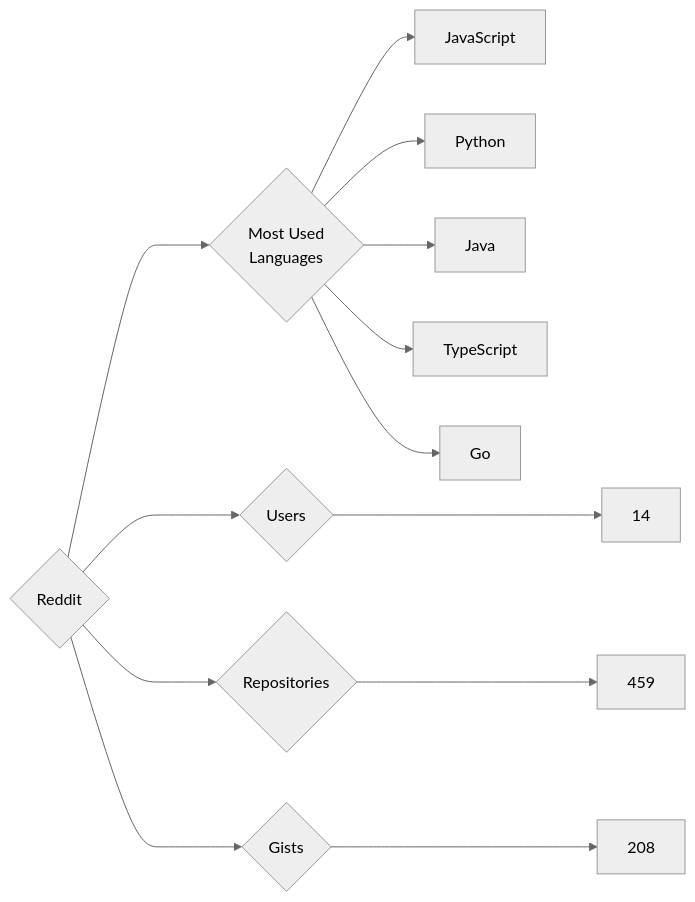
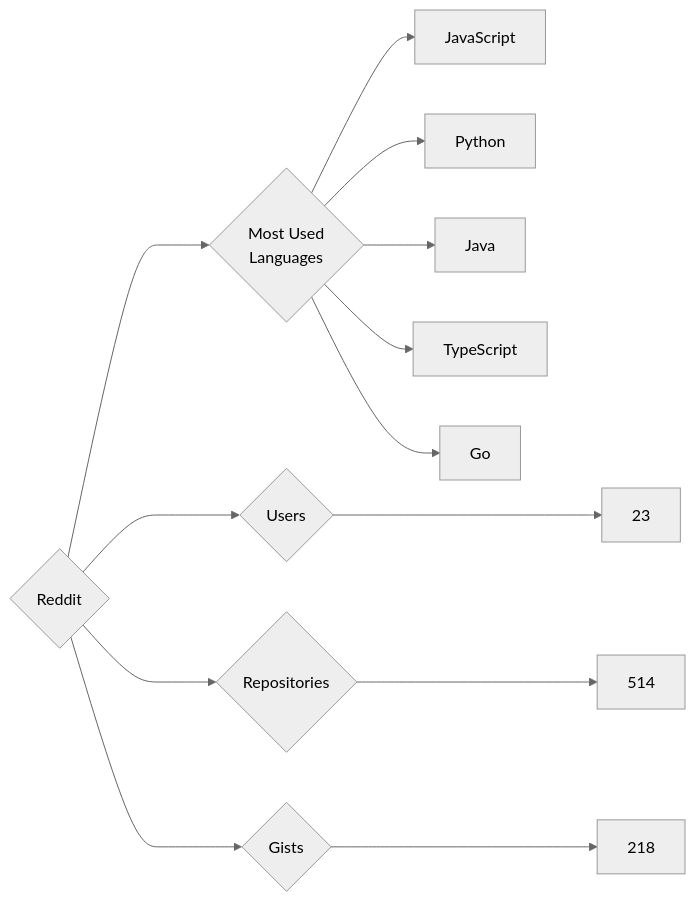
One commit to trickest/insiders changed the diagram in targets/Reddit/README.md. Above: the diagram before and after it, drawn with Mermaid (neutral theme). The commit also changed 794 other files, not shown here.

````diff
--- a/targets/Reddit/README.md
+++ b/targets/Reddit/README.md
@@ -3,13 +3,13 @@
 ```mermaid
 graph LR
 COMPANY_NAME{Reddit}
-COMPANY_NAME ---> U{Users} ---> UN[14]
-COMPANY_NAME ---> R{Repositories} ---> RN[459]
-COMPANY_NAME ---> G{Gists} ---> GN[208]
+COMPANY_NAME ---> U{Users} ---> UN[23]
+COMPANY_NAME ---> R{Repositories} ---> RN[514]
+COMPANY_NAME ---> G{Gists} ---> GN[218]
 COMPANY_NAME ---> ML{Most Used<br>Languages}
 ML --> JavaScript[JavaScript]
 ML --> Python[Python]
 ML --> Java[Java]
 ML --> TypeScript[TypeScript]
 ML --> Go[Go]
 ```
````
